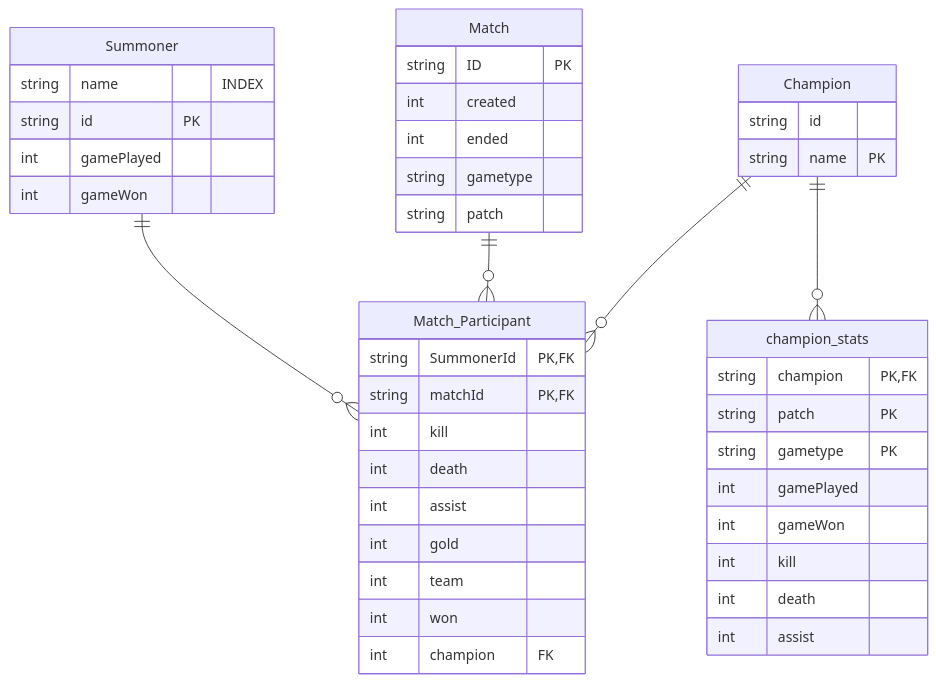
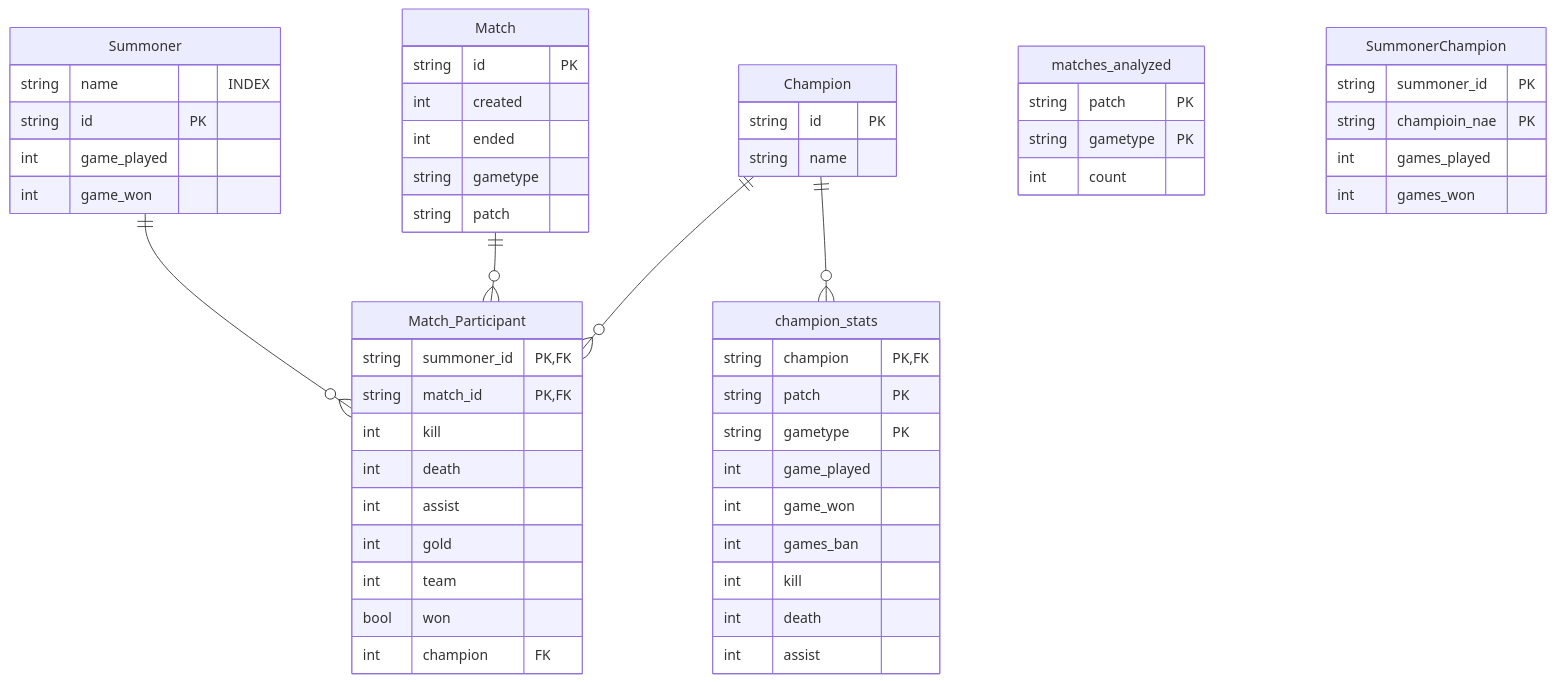
One commit to rutaji/loltracker changed the diagram in specification/diagrams/Database.mmd. Above: the diagram before and after it, drawn with Mermaid. The commit also changed 19 other files, not shown here.

```diff
--- a/specification/diagrams/Database.mmd
+++ b/specification/diagrams/Database.mmd
@@ -1,44 +1,56 @@
 erDiagram
    Match {
-        string ID PK
+        string id PK
         int created
         int ended
         string gametype
         string patch
     } 
     Match_Participant{
-        string SummonerId PK,FK
-        string matchId PK, FK
+        string summoner_id PK,FK
+        string match_id PK, FK
         int kill
         int death
         int assist
         int gold
         int team
-        int won
+        bool won
         int champion FK
     }
     Champion{
-        string id 
-        string name PK
+        string id PK
+        string name 
     }
     champion_stats{
         string champion PK, FK
         string patch PK
         string gametype PK
-        int gamePlayed 
-        int gameWon 
+        int game_played 
+        int game_won 
+        int games_ban
         int kill
         int death
         int assist
     }
     Summoner{
         string name  "INDEX"
         string id PK
-        int gamePlayed
-        int gameWon
+        int game_played
+        int game_won
+    }
+    matches_analyzed{
+        string patch PK
+        string gametype PK
+        int count
+    }
+    SummonerChampion{
+        string summoner_id PK
+        string champioin_nae PK
+        int    games_played 
+        int    games_won
     }
 
     Summoner ||--o{ Match_Participant : ""
     Match ||--o{ Match_Participant : ""
     Champion ||--o{ Match_Participant : ""
     Champion ||--o{ champion_stats : ""
```
